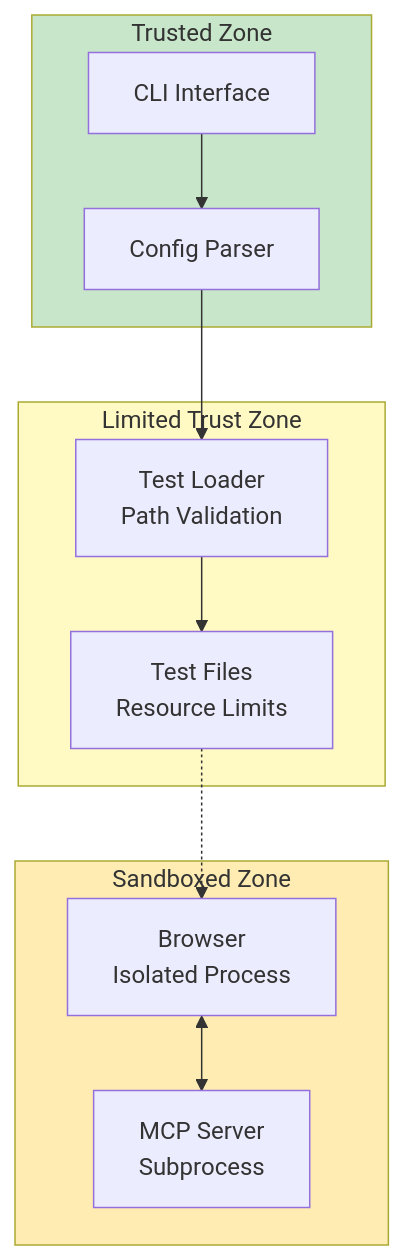
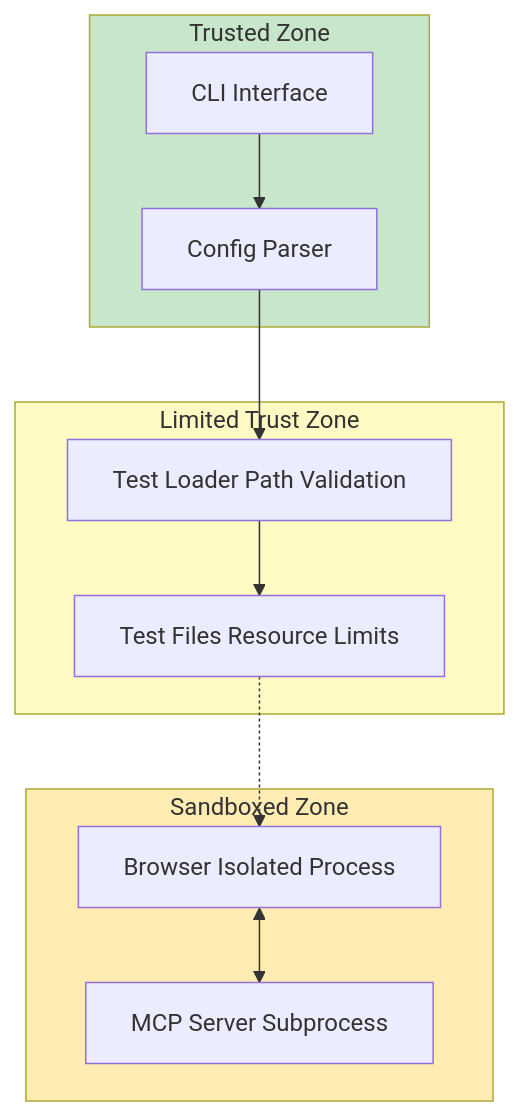
One commit to softwarewrighter/ui-test-rs changed diagram 11 of 14 in wiki/Architecture.md. Above: the diagram before and after it, drawn with Mermaid. The commit also changed other lines of this file and 10 other files, not shown here.

First line of the commit message:
Fix wiki Mermaid diagrams: remove <br/> tags

````diff
--- a/wiki/Architecture.md
+++ b/wiki/Architecture.md
@@ -369,27 +369,27 @@
 ```mermaid
 flowchart TB
     subgraph Trusted["Trusted Zone"]
         CLI3[CLI Interface]
         Config3[Config Parser]
     end
 
     subgraph Limited["Limited Trust Zone"]
-        Loader3[Test Loader<br/>Path Validation]
-        TestFiles3[Test Files<br/>Resource Limits]
+        Loader3[Test Loader Path Validation]
+        TestFiles3[Test Files Resource Limits]
     end
 
     subgraph Sandboxed["Sandboxed Zone"]
-        Browser3[Browser<br/>Isolated Process]
-        MCP3[MCP Server<br/>Subprocess]
+        Browser3[Browser Isolated Process]
+        MCP3[MCP Server Subprocess]
     end
 
     CLI3 --> Config3
     Config3 --> Loader3
     Loader3 --> TestFiles3
     TestFiles3 -.-> Browser3
     Browser3 <--> MCP3
 
     style Trusted fill:#c8e6c9
     style Limited fill:#fff9c4
     style Sandboxed fill:#ffecb3
 ```
````
